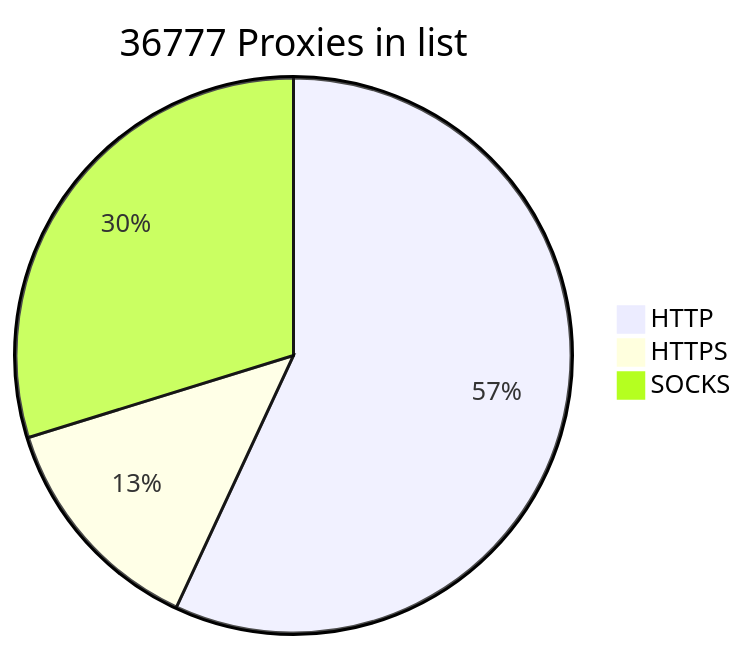
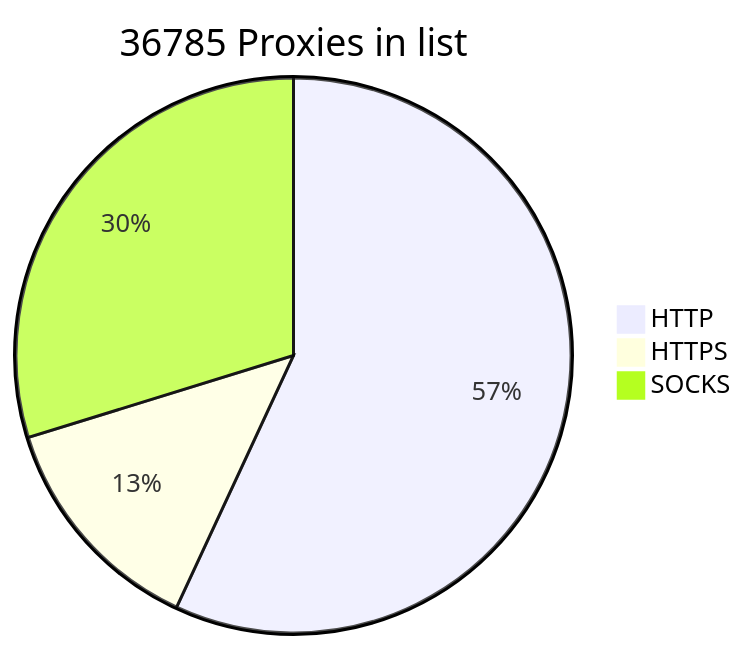
Before and after one commit to BlackSnowDot/proxylist-update-every-minute: the diagram in README.md, drawn with Mermaid.

````diff
--- a/README.md
+++ b/README.md
@@ -2,6 +2,6 @@
 ```mermaid
-pie title 36777 Proxies in list
-    "HTTP" : 23273
-    "HTTPS": 5436
+pie title 36785 Proxies in list
+    "HTTP" : 23274
+    "HTTPS": 5443
     "SOCKS" : 12172
 ```
````
